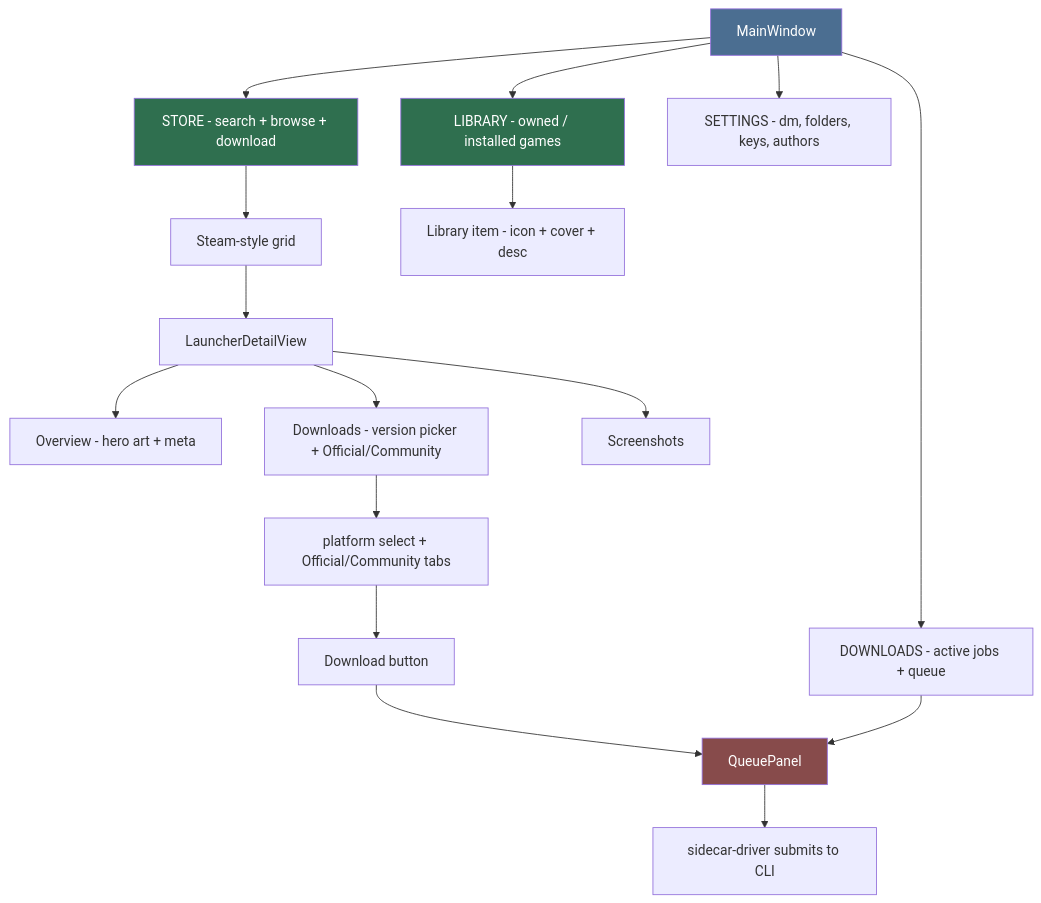
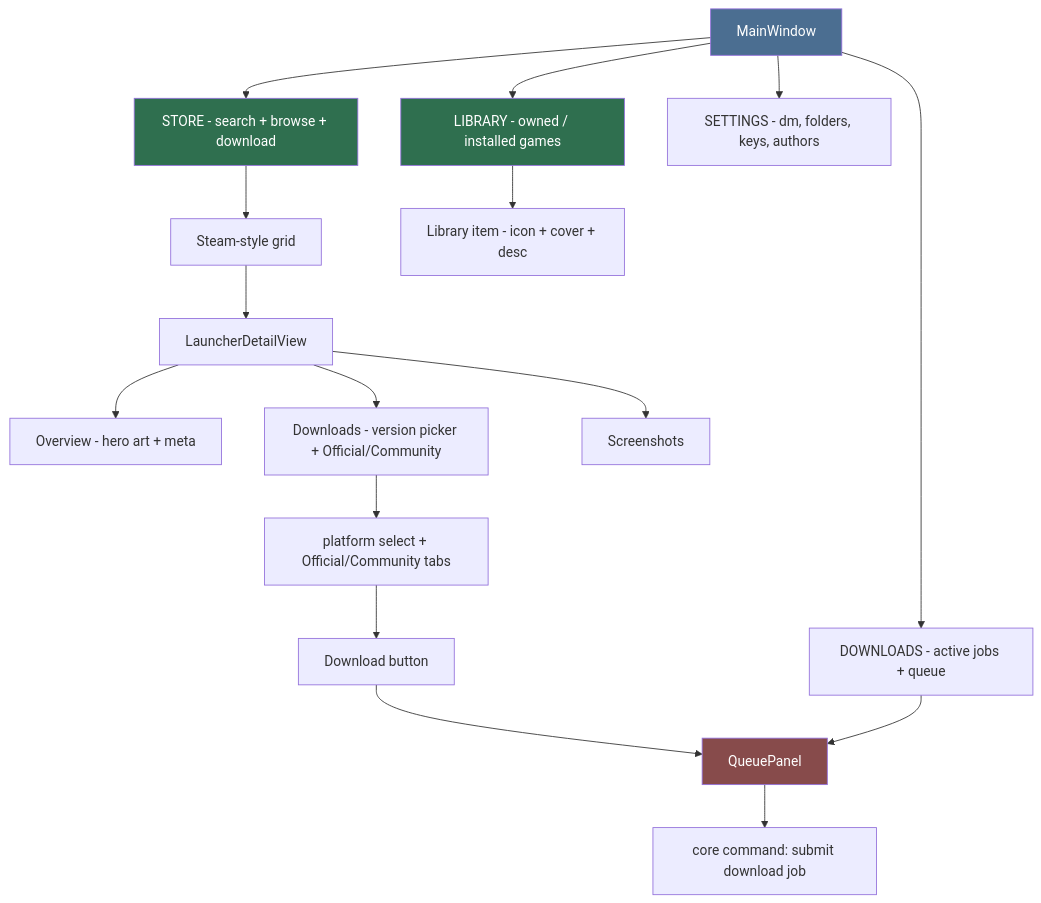
The second of 3 diagrams in .agents/agents/gui/gui.md (HELIX-Origin/LewdZone-Launcher), drawn with Mermaid before and after one commit. The commit also changed other lines of this file and 217 other files, not shown here.

````diff
--- a/.agents/agents/gui/gui.md
+++ b/.agents/agents/gui/gui.md
@@ -73,22 +72,22 @@
 ```mermaid
 flowchart TD
     W[MainWindow] --> ST[STORE - search + browse + download]
     W --> LB["LIBRARY - owned / installed games"]
     W --> DL[DOWNLOADS - active jobs + queue]
     W --> SE[SETTINGS - dm, folders, keys, authors]
     ST --> GR[Steam-style grid]
     GR --> SD[LauncherDetailView]
     SD --> T1[Overview - hero art + meta]
     SD --> T2["Downloads - version picker + Official/Community"]
     SD --> T3[Screenshots]
     T2 --> DP["platform select + Official/Community tabs"]
     DP --> B["Download button"] --> QP[QueuePanel]
     LB --> LGC[Library item - icon + cover + desc]
     DL --> QP
-    QP --> SP["sidecar-driver submits to CLI"]
+    QP --> SP["core command: submit download job"]
 
     style W fill:#4b6e91,color:#fff
     style ST fill:#2f6f4f,color:#fff
     style LB fill:#2f6f4f,color:#fff
     style QP fill:#874b4b,color:#fff
 ```
````
